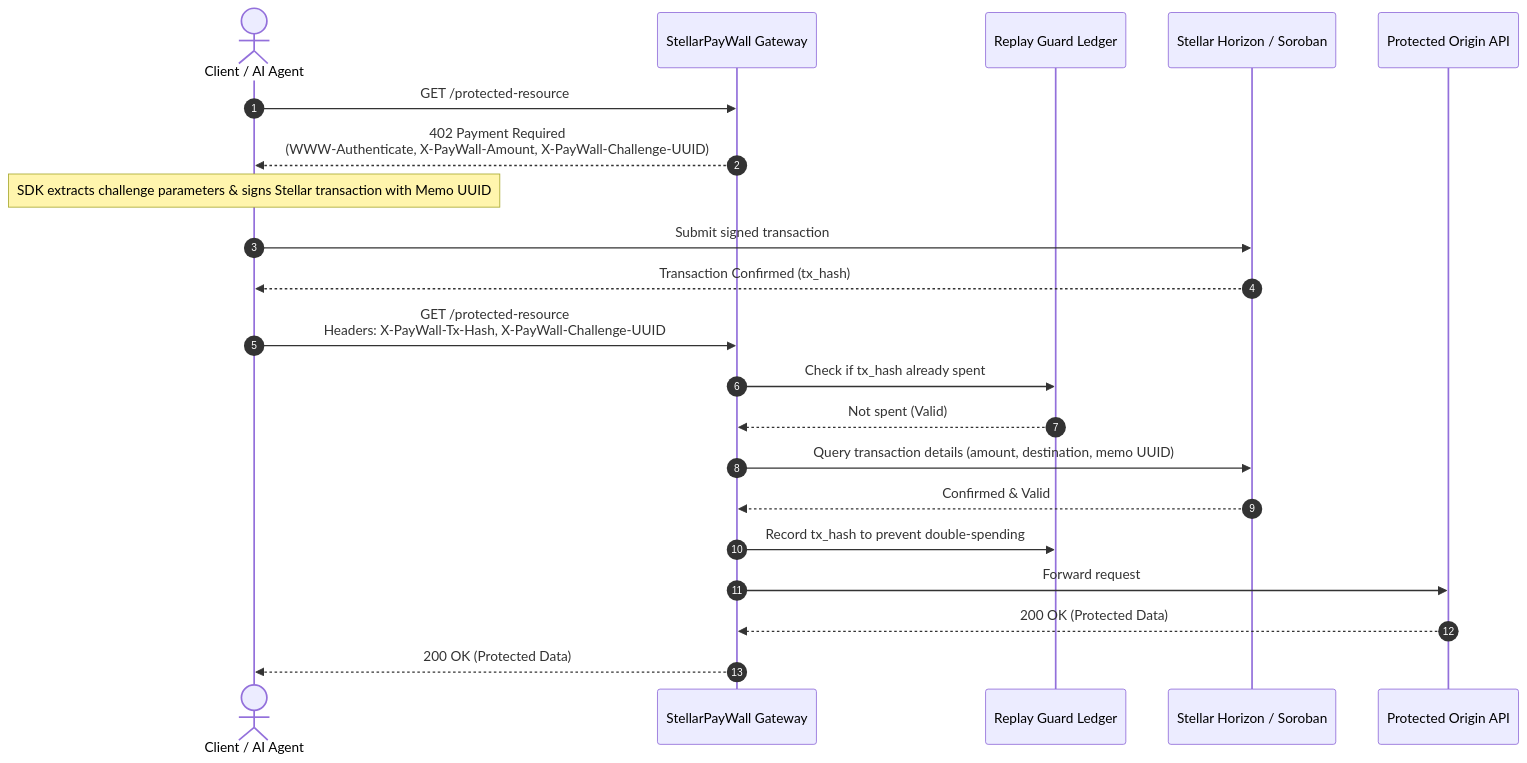
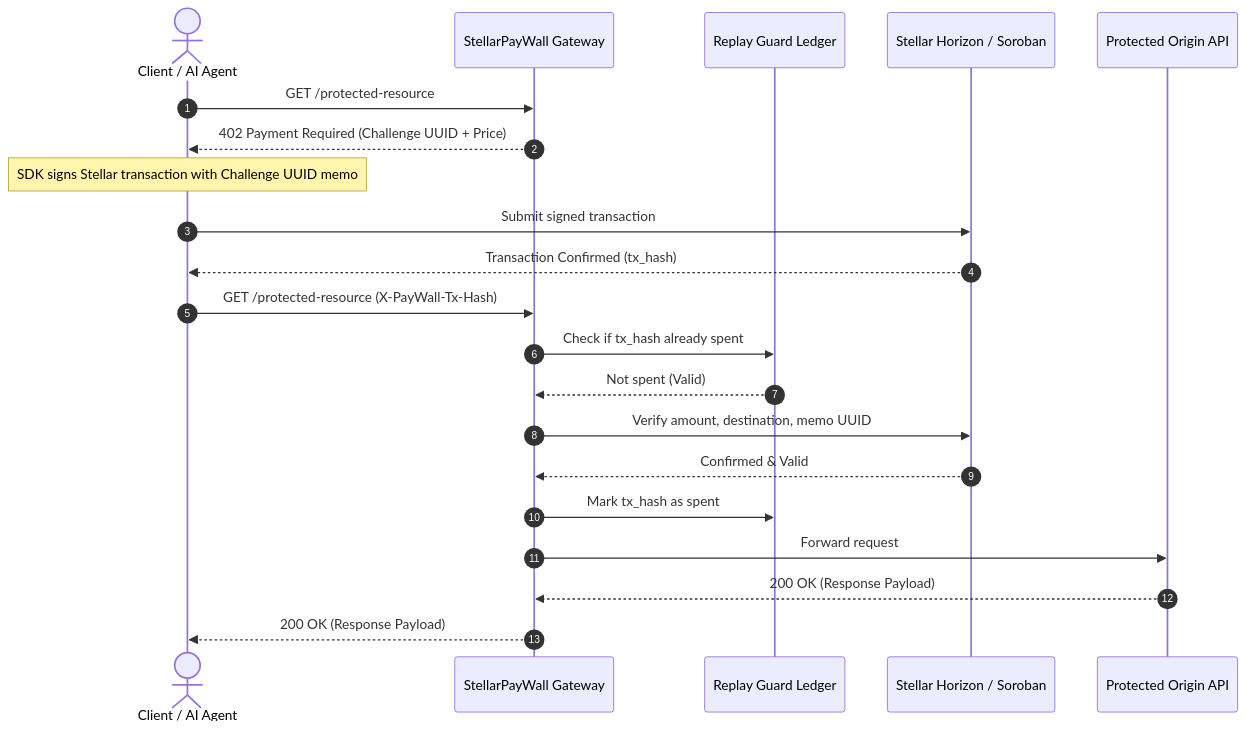
Before and after one commit to HassanKorey/StellarPayWall: the diagram in README.md, drawn with Mermaid. The commit also changed other lines of this file, not shown here.

````diff
--- a/README.md
+++ b/README.md
@@ -108,26 +57,26 @@
 ```mermaid
 sequenceDiagram
     autonumber
     actor Client as Client / AI Agent
     participant Gateway as StellarPayWall Gateway
     participant Ledger as Replay Guard Ledger
     participant Horizon as Stellar Horizon / Soroban
     participant Origin as Protected Origin API
 
     Client->>Gateway: GET /protected-resource
-    Gateway-->>Client: 402 Payment Required<br/>(WWW-Authenticate, X-PayWall-Amount, X-PayWall-Challenge-UUID)
+    Gateway-->>Client: 402 Payment Required (Challenge UUID + Price)
     
-    Note over Client: SDK extracts challenge parameters & signs Stellar transaction with Memo UUID
+    Note over Client: SDK signs Stellar transaction with Challenge UUID memo
     Client->>Horizon: Submit signed transaction
     Horizon-->>Client: Transaction Confirmed (tx_hash)
 
-    Client->>Gateway: GET /protected-resource<br/>Headers: X-PayWall-Tx-Hash, X-PayWall-Challenge-UUID
+    Client->>Gateway: GET /protected-resource (X-PayWall-Tx-Hash)
     Gateway->>Ledger: Check if tx_hash already spent
     Ledger-->>Gateway: Not spent (Valid)
-    Gateway->>Horizon: Query transaction details (amount, destination, memo UUID)
+    Gateway->>Horizon: Verify amount, destination, memo UUID
     Horizon-->>Gateway: Confirmed & Valid
-    Gateway->>Ledger: Record tx_hash to prevent double-spending
+    Gateway->>Ledger: Mark tx_hash as spent
     Gateway->>Origin: Forward request
-    Origin-->>Gateway: 200 OK (Protected Data)
-    Gateway-->>Client: 200 OK (Protected Data)
+    Origin-->>Gateway: 200 OK (Response Payload)
+    Gateway-->>Client: 200 OK (Response Payload)
 ```
````
